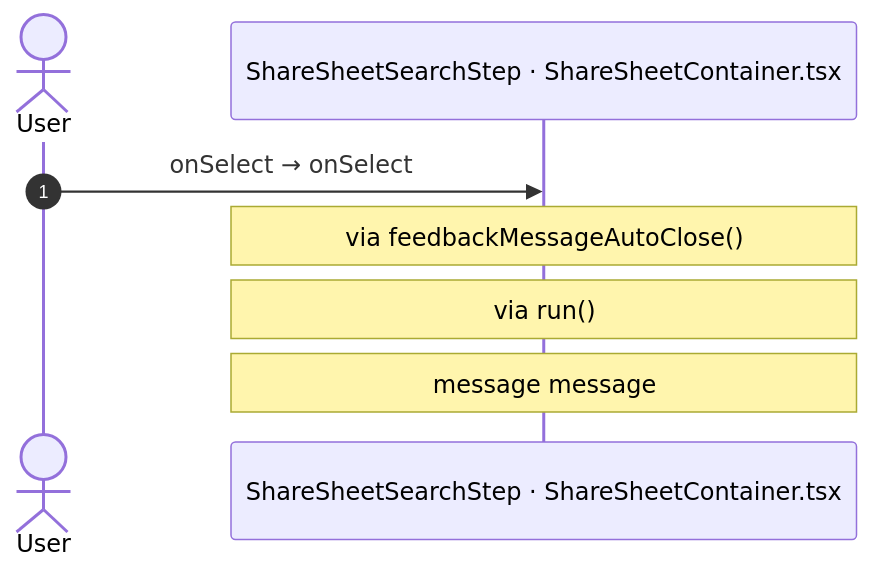
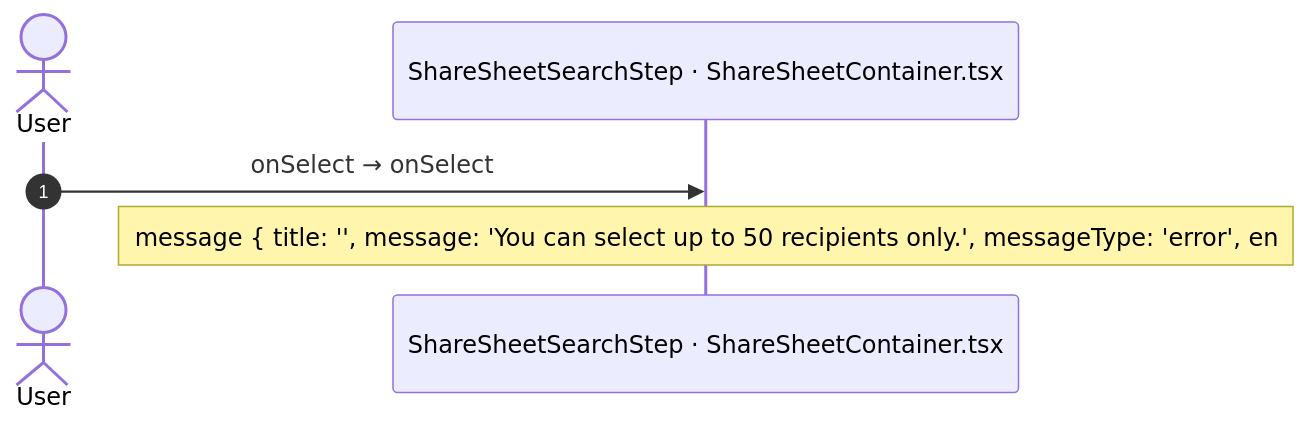
Before and after one commit to Phoenix-DX/connect-new-ui: diagram 40 of 56 in route-actions/routes/HomeFeed.md, drawn with Mermaid. The commit also changed other lines of this file and 9 other files, not shown here.

Commit message:
route actions: ContactUsDetails checked (4 calls, 0 missing, 3 questions); tool: tel: links, previous screen, FeedbackMessage actions, JS node action proxies, functions given to then/setTimeout, hook-returned handlers; raiseToFlowHandler is not an effect

````diff
--- a/route-actions/routes/HomeFeed.md
+++ b/route-actions/routes/HomeFeed.md
@@ -668,10 +716,8 @@
 ```mermaid
 sequenceDiagram
   autonumber
   actor U as User
   participant H as ShareSheetSearchStep · ShareSheetContainer.tsx
   U->>H: onSelect → onSelect
-  Note over H: via feedbackMessageAutoClose()
-  Note over H: via run()
-  Note over H: message message
+  Note over H: message { title: '', message: 'You can select up to 50 recipients only.', messageType: 'error', en
 ```
````
